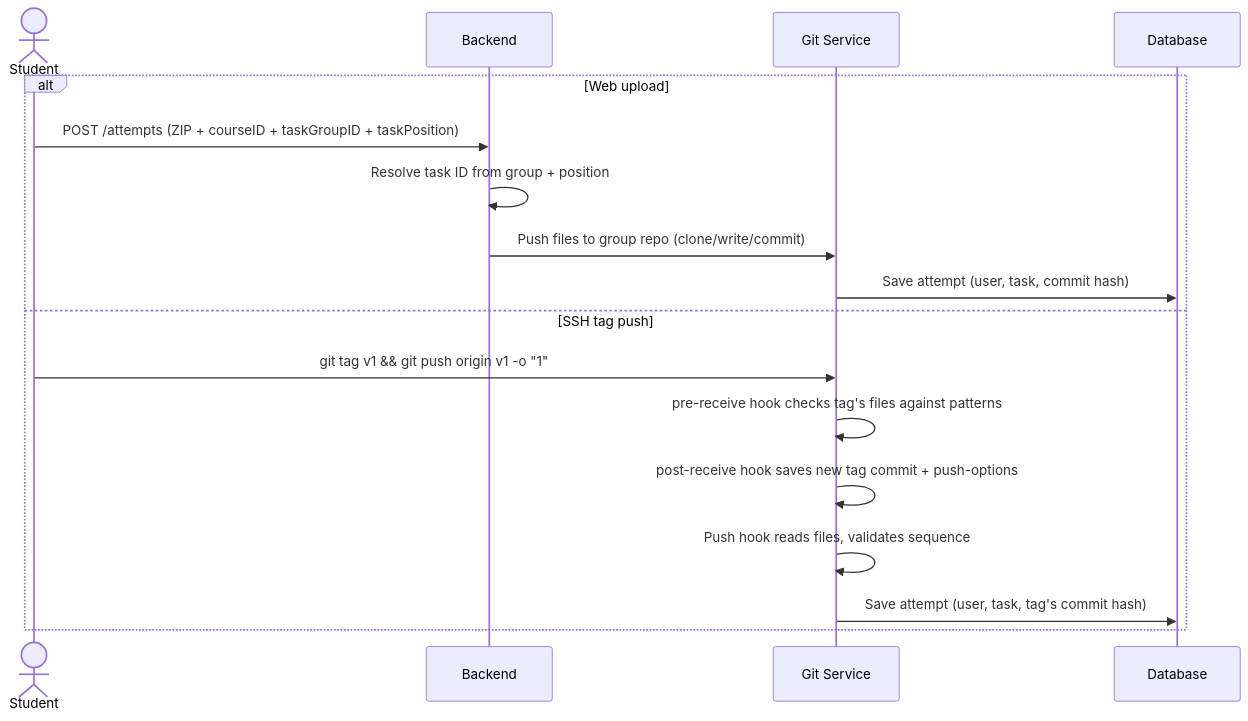
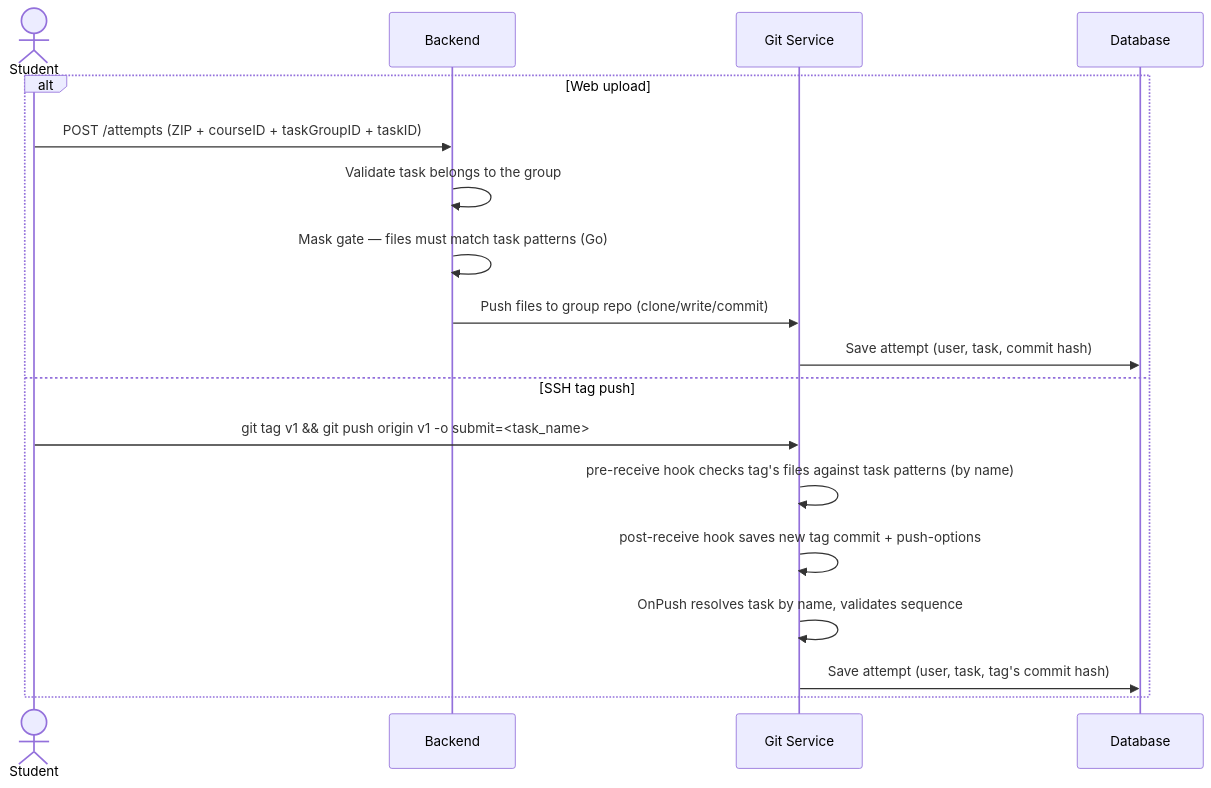
Before and after one commit to dsc-sgu/mm-backend: the diagram in internal/attempts/README.md, drawn with Mermaid. The commit also changed other lines of this file and 17 other files, not shown here.

````diff
--- a/internal/attempts/README.md
+++ b/internal/attempts/README.md
@@ -29,20 +29,21 @@
 ```mermaid
 sequenceDiagram
     actor Student
     participant Backend
     participant Git as Git Service
     participant DB as Database
 
     alt Web upload
-        Student->>Backend: POST /attempts (ZIP + courseID + taskGroupID + taskPosition)
-        Backend->>Backend: Resolve task ID from group + position
+        Student->>Backend: POST /attempts (ZIP + courseID + taskGroupID + taskID)
+        Backend->>Backend: Validate task belongs to the group
+        Backend->>Backend: Mask gate — files must match task patterns (Go)
         Backend->>Git: Push files to group repo (clone/write/commit)
         Git->>DB: Save attempt (user, task, commit hash)
     else SSH tag push
-        Student->>Git: git tag v1 && git push origin v1 -o "1"
-        Git->>Git: pre-receive hook checks tag's files against patterns
+        Student->>Git: git tag v1 && git push origin v1 -o submit=<task_name>
+        Git->>Git: pre-receive hook checks tag's files against task patterns (by name)
         Git->>Git: post-receive hook saves new tag commit + push-options
-        Git->>Git: Push hook reads files, validates sequence
+        Git->>Git: OnPush resolves task by name, validates sequence
         Git->>DB: Save attempt (user, task, tag's commit hash)
     end
 ```
````
